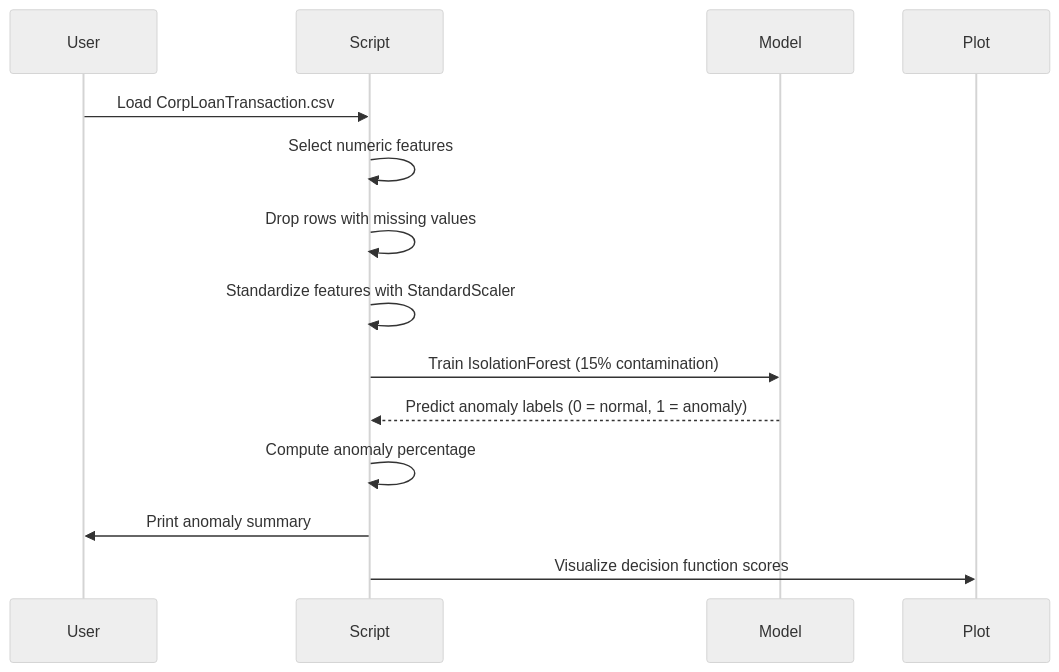
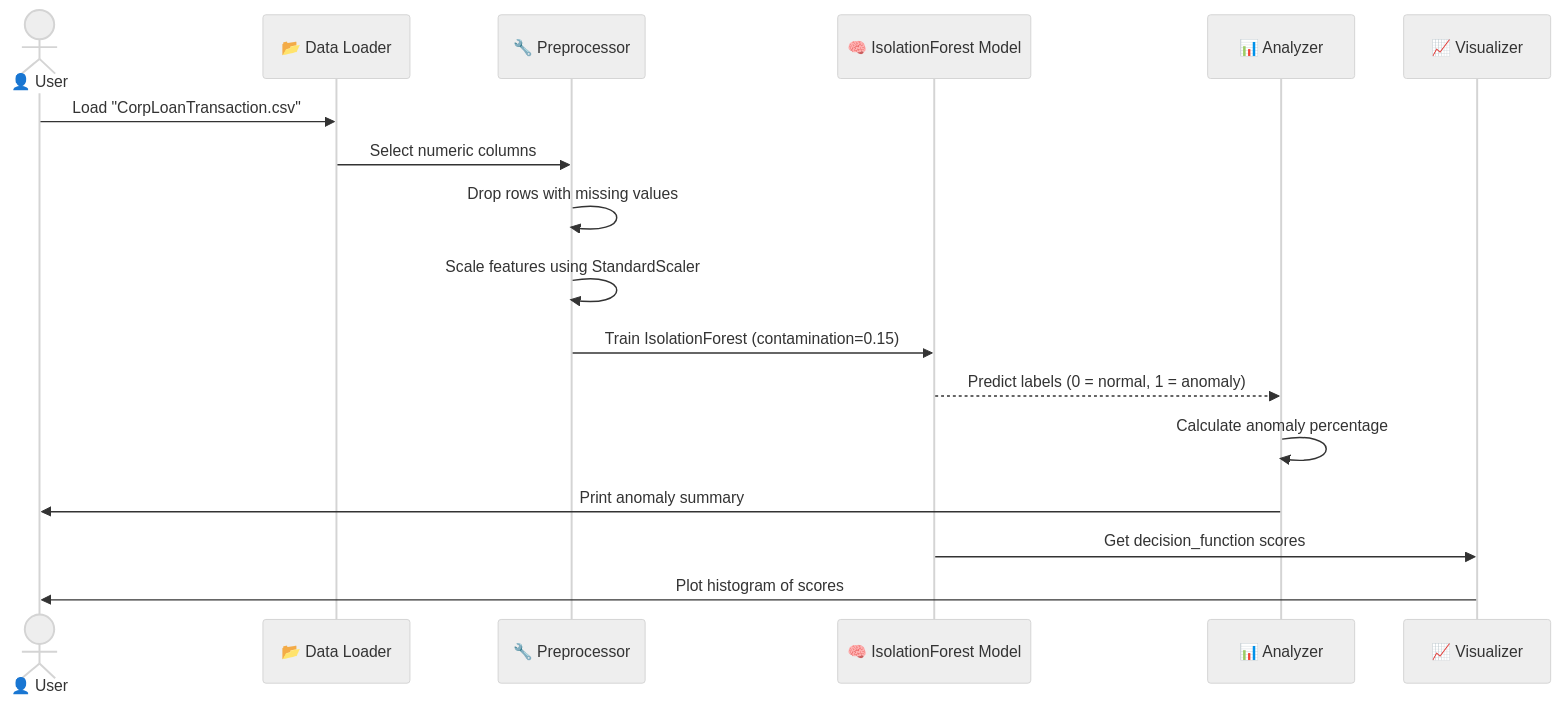
Before and after one commit to ewfx/gaidp-singularity-squad: the diagram in code/src/training/README.md, drawn with Mermaid (neutral theme).

Commit message:
README update

````diff
--- a/code/src/training/README.md
+++ b/code/src/training/README.md
@@ -18,17 +18,22 @@
 ```mermaid
 sequenceDiagram
-    participant User
-    participant Script
-    participant Model
-    participant Plot
+    actor User as 👤 User
+    participant Loader as 📂 Data Loader
+    participant Preprocessor as 🔧 Preprocessor
+    participant Model as 🧠 IsolationForest Model
+    participant Analyzer as 📊 Analyzer
+    participant Visualizer as 📈 Visualizer
 
-    User->>Script: Load CorpLoanTransaction.csv
-    Script->>Script: Select numeric features
-    Script->>Script: Drop rows with missing values
-    Script->>Script: Standardize features with StandardScaler
-    Script->>Model: Train IsolationForest (15% contamination)
-    Model-->>Script: Predict anomaly labels (0 = normal, 1 = anomaly)
-    Script->>Script: Compute anomaly percentage
-    Script->>User: Print anomaly summary
-    Script->>Plot: Visualize decision function scores
+    User->>Loader: Load "CorpLoanTransaction.csv"
+    Loader->>Preprocessor: Select numeric columns
+    Preprocessor->>Preprocessor: Drop rows with missing values
+    Preprocessor->>Preprocessor: Scale features using StandardScaler
+
+    Preprocessor->>Model: Train IsolationForest (contamination=0.15)
+    Model-->>Analyzer: Predict labels (0 = normal, 1 = anomaly)
+    Analyzer->>Analyzer: Calculate anomaly percentage
+    Analyzer->>User: Print anomaly summary
+
+    Model->>Visualizer: Get decision_function scores
+    Visualizer->>User: Plot histogram of scores
 ```
````
